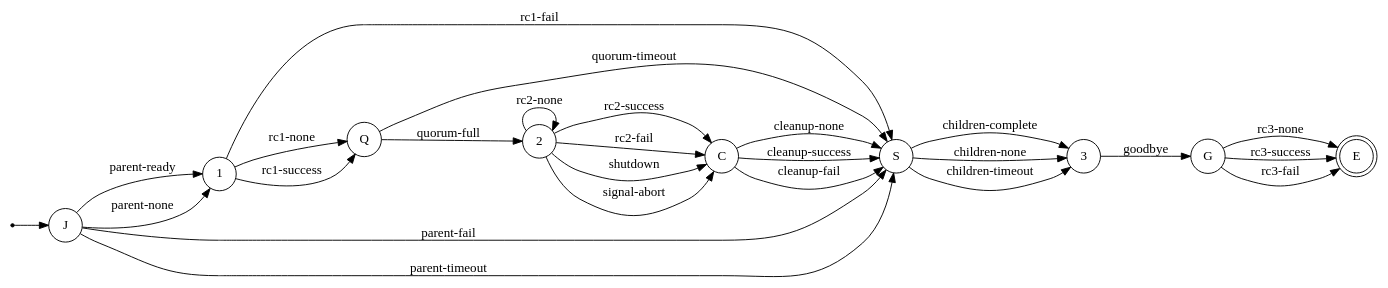
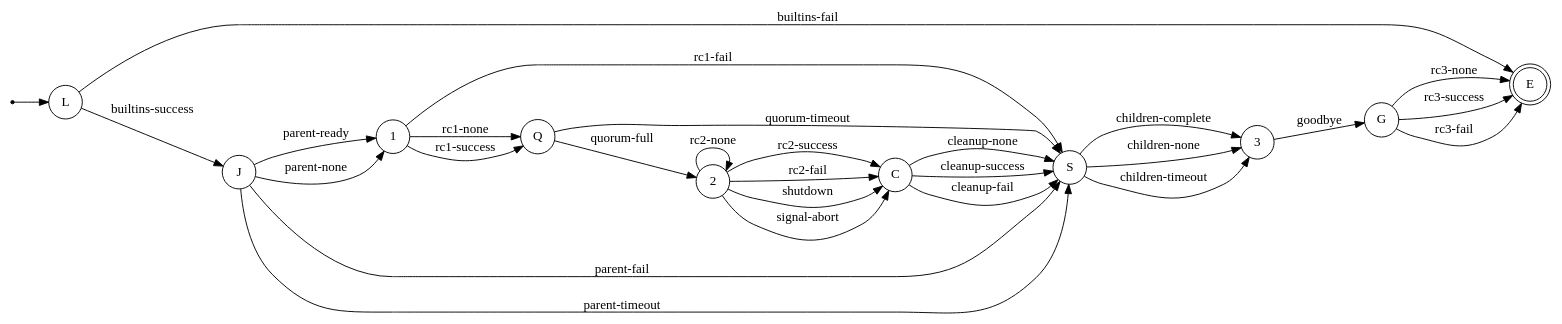
One commit to flux-framework/flux-core changed the diagram in doc/guide/images/states.dot. Above: the diagram before and after it, drawn with Graphviz. The commit also changed 2 other files, not shown here.

```diff
--- a/doc/guide/images/states.dot
+++ b/doc/guide/images/states.dot
@@ -1,35 +1,37 @@
 // Usage: dot -Tpng file.dot -o file.png
 
 digraph finite_state_machine {
     rankdir=LR;
 
-    node [shape = point ]; N
+    node [shape = point ]; Start
     node [shape = doublecircle ]; E
 
     node [shape = circle];
-    N -> J;
+    Start -> L;
+    L -> J [ label = "builtins-success" ];
+    L -> E [ label = "builtins-fail" ];
     J -> 1 [ label = "parent-ready" ];
     J -> 1 [ label = "parent-none" ];
     J -> S [ label = "parent-fail" ];
     J -> S [ label = "parent-timeout" ];
     1 -> Q [ label = "rc1-none" ];
     1 -> Q [ label = "rc1-success" ];
     1 -> S [ label = "rc1-fail" ];
     Q -> 2 [ label = "quorum-full" ];
     Q -> S [ label = "quorum-timeout" ];
     2 -> 2 [ label = "rc2-none" ];
     2 -> C [ label = "rc2-success" ];
     2 -> C [ label = "rc2-fail" ];
     2 -> C [ label = "shutdown" ];
     2 -> C [ label = "signal-abort" ];
     C -> S [ label = "cleanup-none" ];
     C -> S [ label = "cleanup-success" ];
     C -> S [ label = "cleanup-fail" ];
     S -> 3 [ label = "children-complete" ];
     S -> 3 [ label = "children-none" ];
     S -> 3 [ label = "children-timeout" ];
     3 -> G [ label = "goodbye" ];
     G -> E [ label = "rc3-none" ];
     G -> E [ label = "rc3-success" ];
     G -> E [ label = "rc3-fail" ];
 }
```
